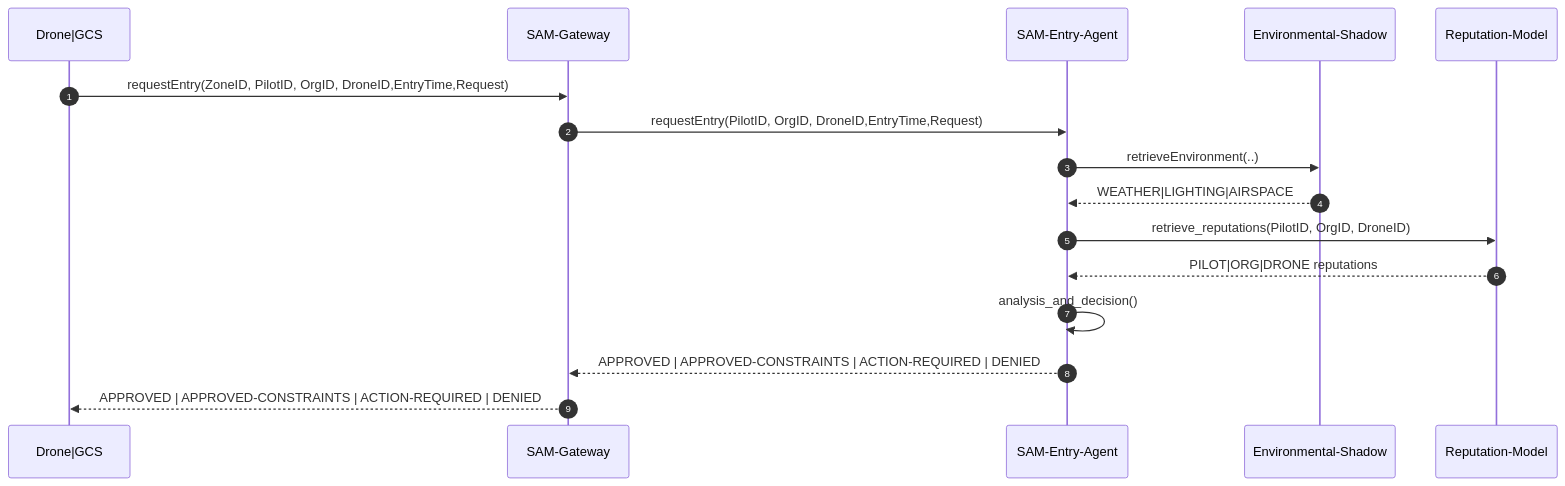
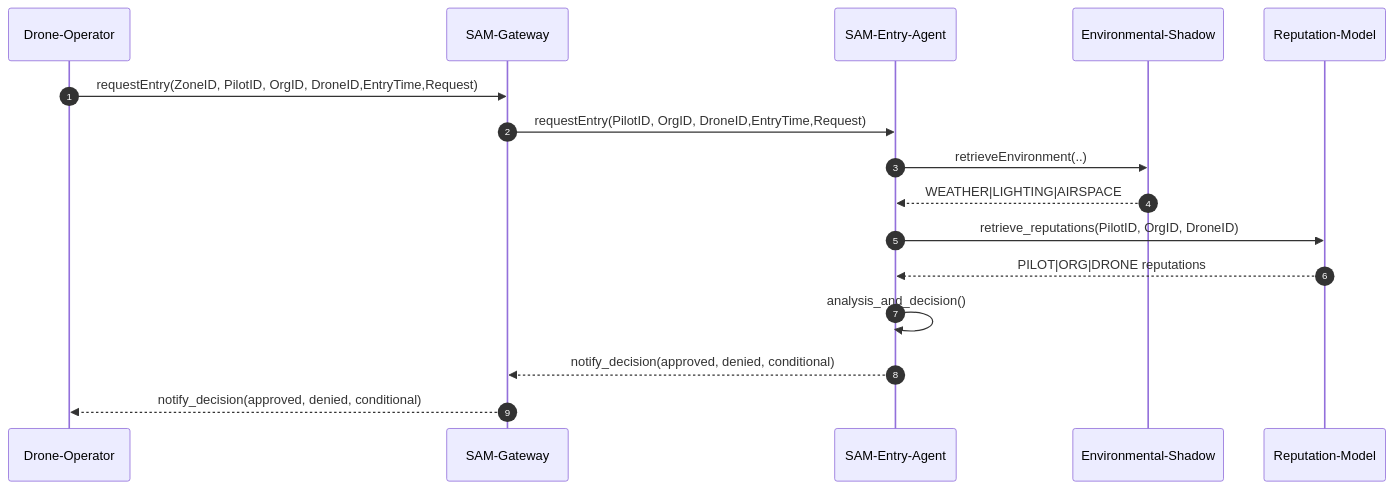
One commit to SADE-ZONE/workflows changed the diagram in figures/svg/code_for_uml/sade_entry.mmd. Above: the diagram before and after it, drawn with Mermaid. The commit also changed 5 other files, not shown here.

Commit message:
Updated sequence diagrams

```diff
--- a/figures/svg/code_for_uml/sade_entry.mmd
+++ b/figures/svg/code_for_uml/sade_entry.mmd
@@ -1,16 +1,16 @@
 sequenceDiagram
   autonumber
-  participant Drone|GCS
+  participant Drone-Operator
   participant SAM-Gateway
   participant SAM-Entry-Agent
   participant Environmental-Shadow
   participant Reputation-Model
-  Drone|GCS->>SAM-Gateway: requestEntry(ZoneID, PilotID, OrgID, DroneID,EntryTime,Request)
+  Drone-Operator->>SAM-Gateway: requestEntry(ZoneID, PilotID, OrgID, DroneID,EntryTime,Request)
   SAM-Gateway ->> SAM-Entry-Agent: requestEntry(PilotID, OrgID, DroneID,EntryTime,Request)
   SAM-Entry-Agent ->> Environmental-Shadow: retrieveEnvironment(..)
   Environmental-Shadow -->> SAM-Entry-Agent: WEATHER|LIGHTING|AIRSPACE 
   SAM-Entry-Agent ->> Reputation-Model: retrieve_reputations(PilotID, OrgID, DroneID)
   Reputation-Model -->> SAM-Entry-Agent: PILOT|ORG|DRONE reputations
   SAM-Entry-Agent ->> SAM-Entry-Agent: analysis_and_decision()
-  SAM-Entry-Agent -->> SAM-Gateway: APPROVED | APPROVED-CONSTRAINTS | ACTION-REQUIRED | DENIED
-  SAM-Gateway-->> Drone|GCS: APPROVED | APPROVED-CONSTRAINTS | ACTION-REQUIRED | DENIED
+  SAM-Entry-Agent -->> SAM-Gateway: notify_decision(approved, denied, conditional)
+  SAM-Gateway-->> Drone-Operator: notify_decision(approved, denied, conditional)
```
